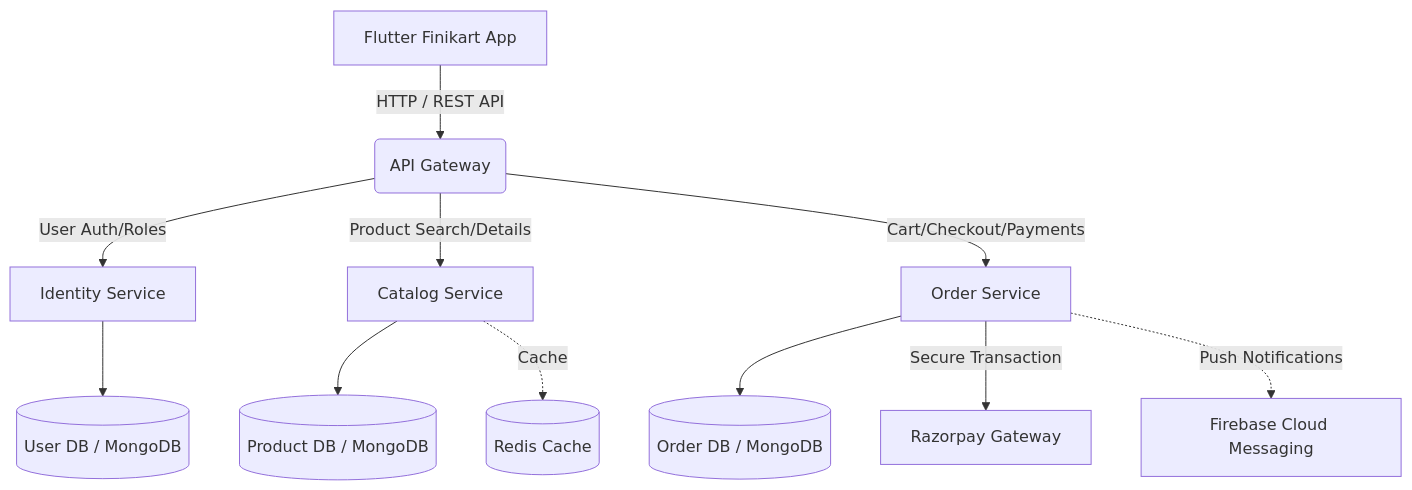
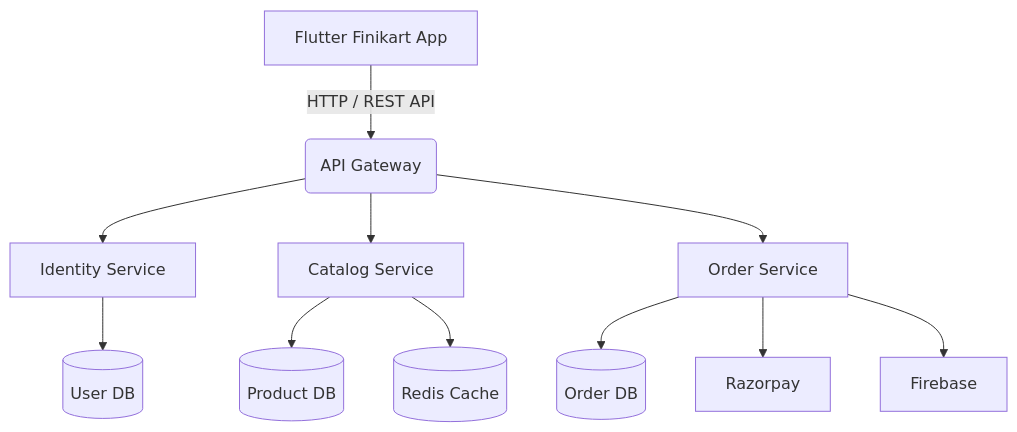
Before and after one commit to parthjariya44044/Document: the diagram in project doc.md, drawn with Mermaid. The commit also changed other lines of this file, not shown here.

````diff
--- a/project doc.md
+++ b/project doc.md
@@ -88,15 +143,15 @@
 ```mermaid
 graph TD
     A[Flutter Finikart App] -->|HTTP / REST API| B(API Gateway)
-    B -->|User Auth/Roles| C[Identity Service]
-    B -->|Product Search/Details| D[Catalog Service]
-    B -->|Cart/Checkout/Payments| E[Order Service]
-    
-    C --> F[(User DB / MongoDB)]
-    D --> G[(Product DB / MongoDB)]
-    D -.->|Cache| I[(Redis Cache)]
-    E --> H[(Order DB / MongoDB)]
-    
-    E -->|Secure Transaction| J[Razorpay Gateway]
-    E -.->|Push Notifications| K[Firebase Cloud Messaging]
+    B --> C[Identity Service]
+    B --> D[Catalog Service]
+    B --> E[Order Service]
+
+    C --> F[(User DB)]
+    D --> G[(Product DB)]
+    D --> I[(Redis Cache)]
+    E --> H[(Order DB)]
+
+    E --> J[Razorpay]
+    E --> K[Firebase]
 ```
````
